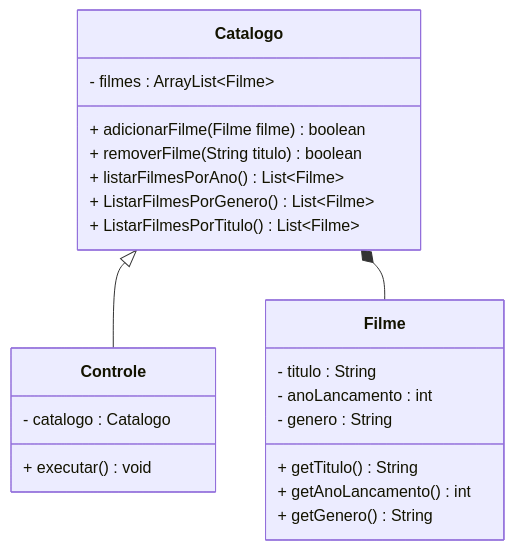
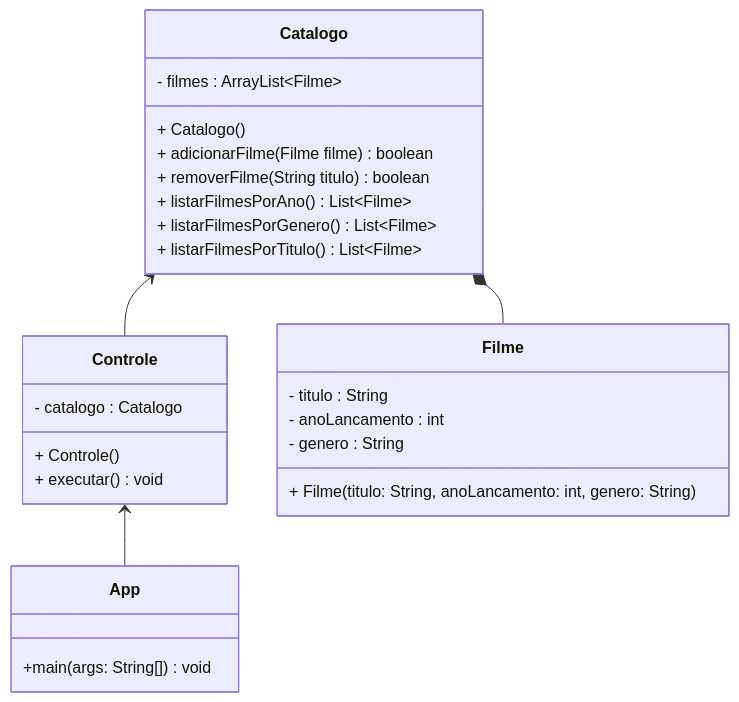
The diagram in readme.md (sergio-prolo-class/lista-3-devdivos), drawn with Mermaid before and after one commit. The commit also changed 3 other files, not shown here.

````diff
--- a/readme.md
+++ b/readme.md
@@ -28,27 +28,32 @@
 ```mermaid
 classDiagram
     class Controle{
         - catalogo : Catalogo
+        + Controle()
         + executar() void
     }
     class Catalogo{
         - filmes : ArrayList~Filme~
+        + Catalogo()
         + adicionarFilme(Filme filme) boolean
         + removerFilme(String titulo) boolean
         + listarFilmesPorAno() List~Filme~
-        + ListarFilmesPorGenero() List~Filme~
-        + ListarFilmesPorTitulo() List~Filme~
+        + listarFilmesPorGenero() List~Filme~
+        + listarFilmesPorTitulo() List~Filme~
     }
     class Filme{
         - titulo : String
         - anoLancamento : int
         - genero : String
-        + getTitulo()  String
-        + getAnoLancamento() int
-        + getGenero() String
+        + Filme(titulo: String, anoLancamento: int, genero: String)
     }
     
-    Catalogo <|-- Controle
+    class App{
+        +main(args: String[]) void
+    }
+        
+    Controle <--App
+    Catalogo <-- Controle
     Catalogo *-- Filme
 
 ```
````
